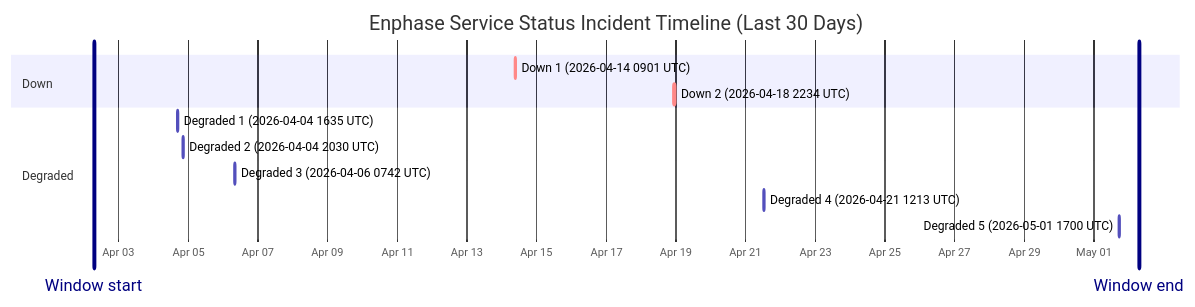
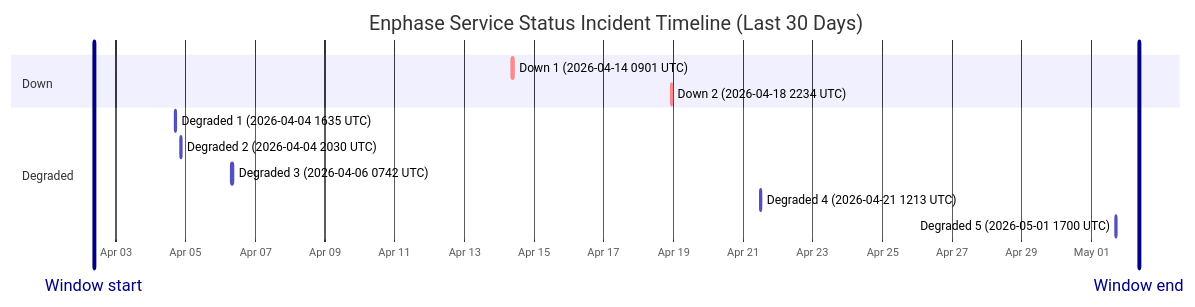
The diagram in wiki/Service-Status-History.md (barneyonline/ha-enphase-ev-charger), drawn with Mermaid before and after one commit. The commit also changed other lines of this file and 3 other files, not shown here.

````diff
--- a/wiki/Service-Status-History.md
+++ b/wiki/Service-Status-History.md
@@ -14,17 +14,17 @@
 ```mermaid
 gantt
     title Enphase Service Status Incident Timeline (Last 30 Days)
     dateFormat  YYYY-MM-DDTHH:mm:ss
     axisFormat  %b %d
-    Window start :vert, window-start, 2026-04-02T07:00:17, 0ms
-    Window end :vert, window-end, 2026-05-02T07:00:17, 0ms
+    Window start :vert, window-start, 2026-04-02T08:48:28, 0ms
+    Window end :vert, window-end, 2026-05-02T08:48:28, 0ms
     section Down
     Down 1 (2026-04-14 0901 UTC) :crit, down-1, 2026-04-14T09:01:13, 60m
     Down 2 (2026-04-18 2234 UTC) :crit, down-2, 2026-04-18T22:34:13, 60m
     section Degraded
     Degraded 1 (2026-04-04 1635 UTC) :active, degraded-1, 2026-04-04T16:35:17, 60m
     Degraded 2 (2026-04-04 2030 UTC) :active, degraded-2, 2026-04-04T20:30:40, 60m
     Degraded 3 (2026-04-06 0742 UTC) :active, degraded-3, 2026-04-06T07:42:09, 85m
     Degraded 4 (2026-04-21 1213 UTC) :active, degraded-4, 2026-04-21T12:13:11, 60m
     Degraded 5 (2026-05-01 1700 UTC) :active, degraded-5, 2026-05-01T17:00:22, 60m
 ```
````
